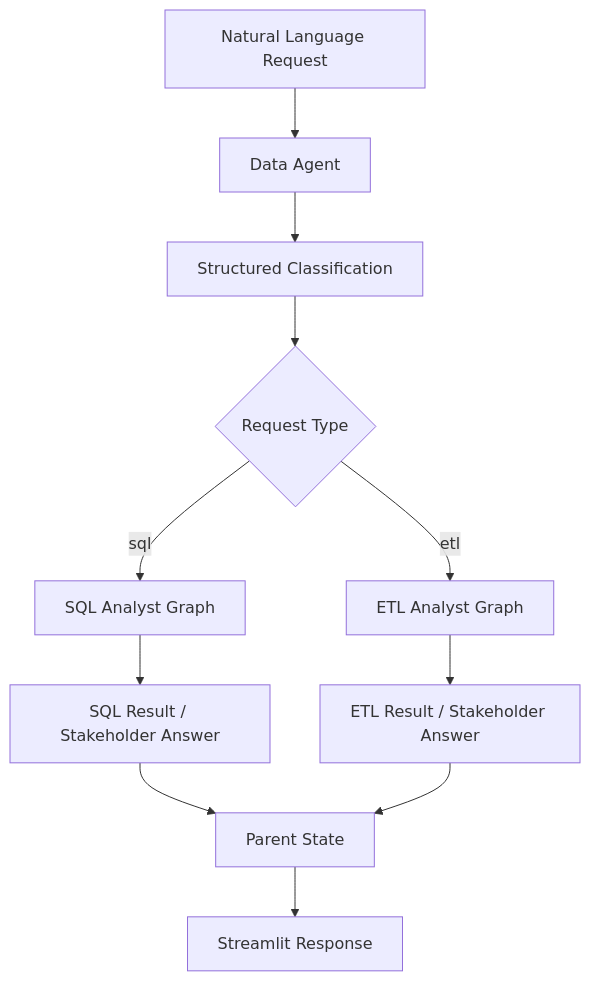
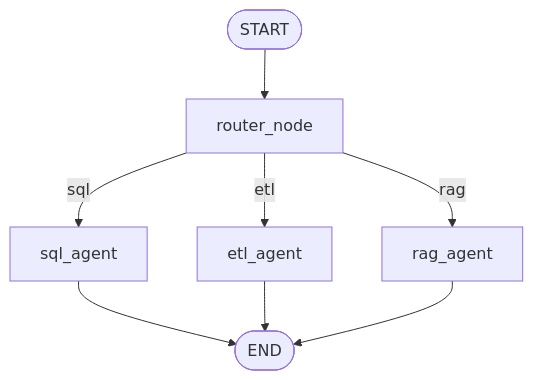
One commit to swapniltake1/agentic-data-intelligence-platform changed the second of 8 diagrams in README.md. Above: the diagram before and after it, drawn with Mermaid. The commit also changed other lines of this file and 11 other files, not shown here.

Commit message:
fix: update README and architecture diagram

````diff
--- a/README.md
+++ b/README.md
@@ -65,13 +72,10 @@
 ```mermaid
 flowchart TD
-    A["Natural Language Request"] --> B["Data Agent"]
-    B --> C["Structured Classification"]
-    C --> D{"Request Type"}
-    D -->|sql| E["SQL Analyst Graph"]
-    D -->|etl| F["ETL Analyst Graph"]
-    E --> G["SQL Result / Stakeholder Answer"]
-    F --> H["ETL Result / Stakeholder Answer"]
-    G --> I["Parent State"]
-    H --> I
-    I --> J["Streamlit Response"]
+    P_START(["START"]) --> router_node["router_node"]
+    router_node -->|sql| sql_agent["sql_agent"]
+    router_node -->|etl| etl_agent["etl_agent"]
+    router_node -->|rag| rag_agent["rag_agent"]
+    sql_agent --> P_END(["END"])
+    etl_agent --> P_END
+    rag_agent --> P_END
 ```
````
